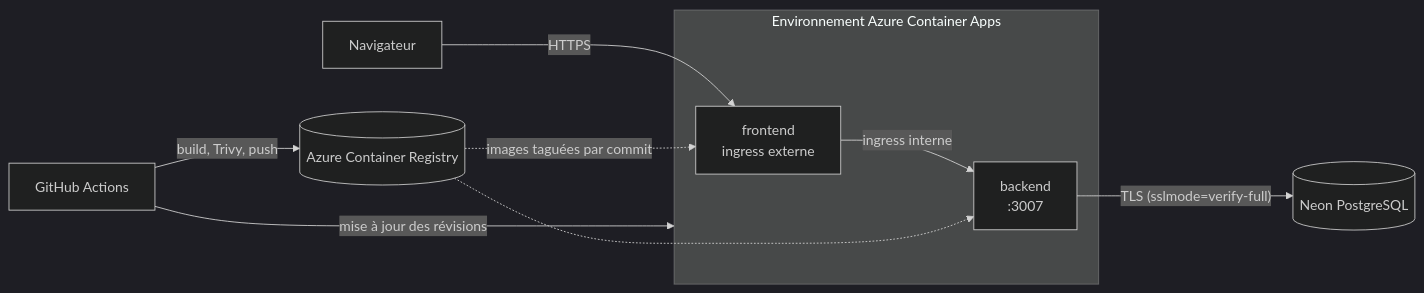
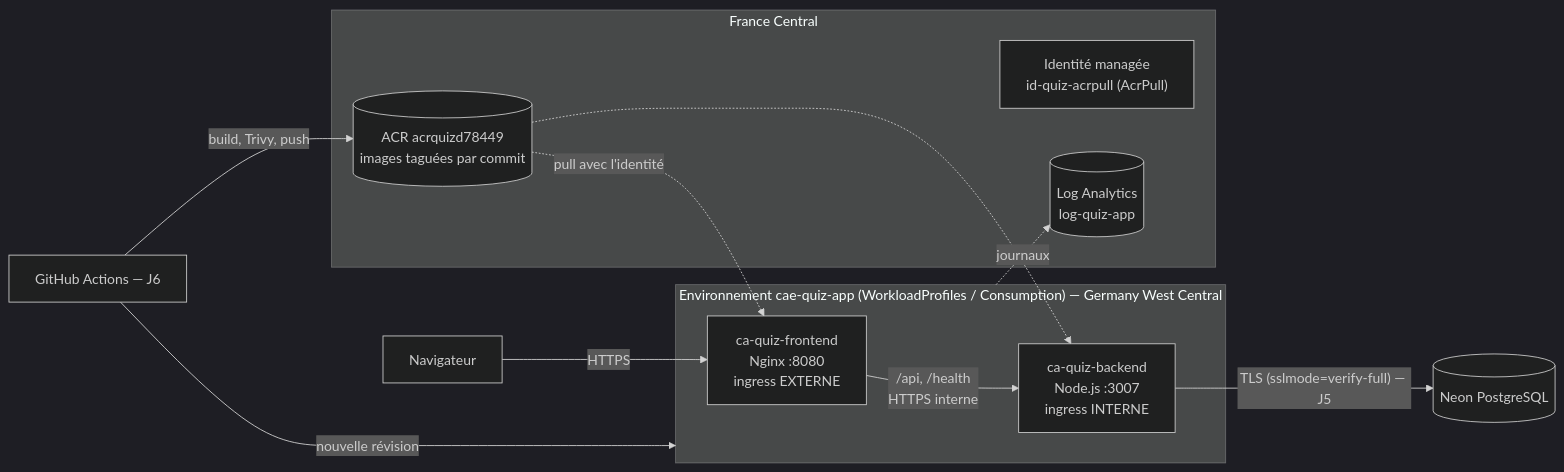
One commit to faresfettah/eval-quiz-app changed the second of 2 diagrams in architecture/README.md. Above: the diagram before and after it, drawn with Mermaid (dark theme). The commit also changed other lines of this file and 1 other file, not shown here.

Commit message:
docs(J4): preuves Container Apps et schéma d'architecture cloud

````diff
--- a/architecture/README.md
+++ b/architecture/README.md
@@ -78,12 +78,18 @@
 ```mermaid
 flowchart LR
-    U[Navigateur] -- HTTPS --> F
-    subgraph ACA["Environnement Azure Container Apps"]
-        F["frontend<br/>ingress externe"] -- "ingress interne" --> B["backend<br/>:3007"]
+    U[Navigateur] -- "HTTPS" --> F
+    subgraph ACA["Environnement cae-quiz-app (WorkloadProfiles / Consumption) — Germany West Central"]
+        F["ca-quiz-frontend<br/>Nginx :8080<br/>ingress EXTERNE"] -- "/api, /health<br/>HTTPS interne" --> B["ca-quiz-backend<br/>Node.js :3007<br/>ingress INTERNE"]
     end
-    ACR[("Azure Container Registry")] -. "images taguées par commit" .-> F
+    subgraph FR["France Central"]
+        ACR[("ACR acrquizd78449<br/>images taguées par commit")]
+        ID["Identité managée<br/>id-quiz-acrpull (AcrPull)"]
+        LA[("Log Analytics<br/>log-quiz-app")]
+    end
+    ACR -. "pull avec l'identité" .-> F
     ACR -.-> B
-    B -- "TLS (sslmode=verify-full)" --> N[("Neon PostgreSQL")]
-    GH["GitHub Actions"] -- "build, Trivy, push" --> ACR
-    GH -- "mise à jour des révisions" --> ACA
+    ACA -. journaux .-> LA
+    B -- "TLS (sslmode=verify-full) — J5" --> N[("Neon PostgreSQL")]
+    GH["GitHub Actions — J6"] -- "build, Trivy, push" --> ACR
+    GH -- "nouvelle révision" --> ACA
 ```
````
